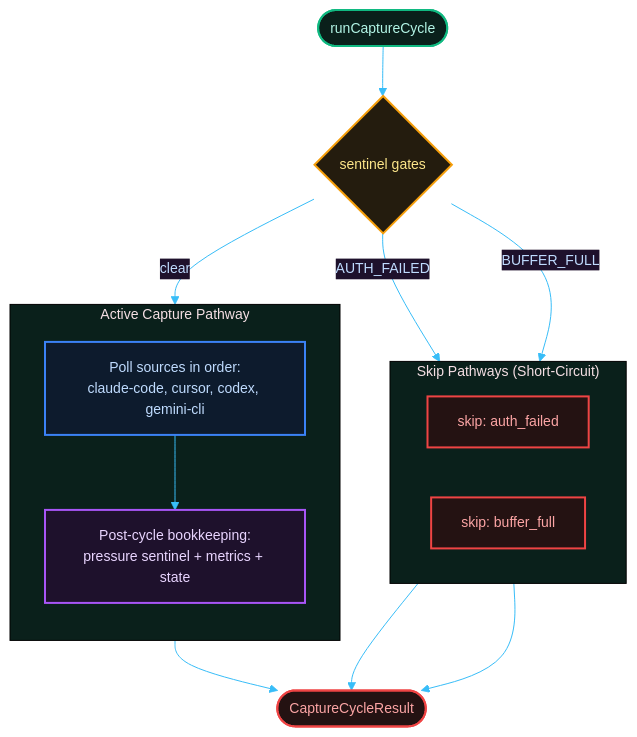
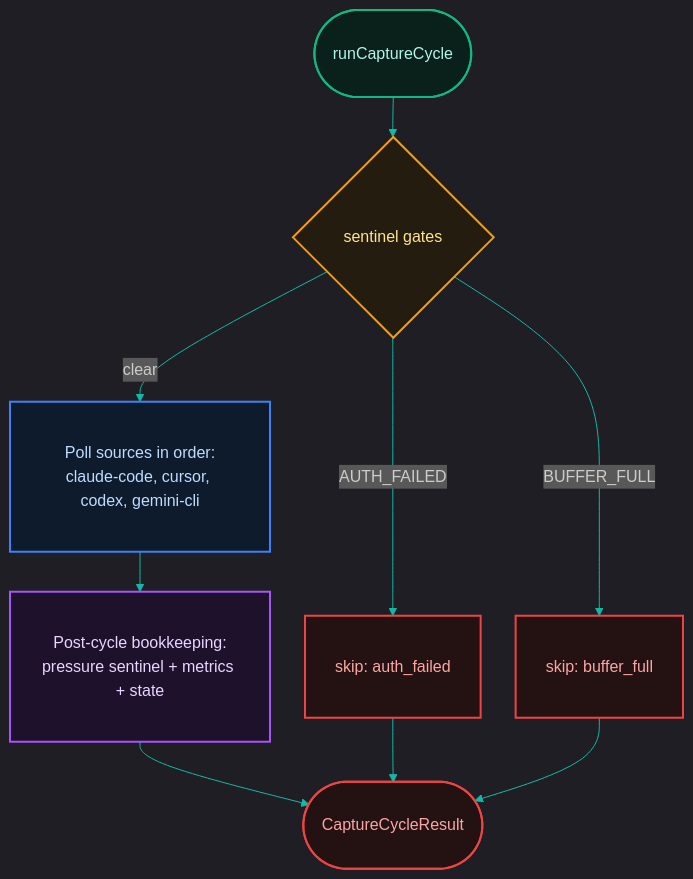
Before and after one commit to proxai/proxai_gateway: the first of 2 diagrams in docs/04-daemon-loops/4.1-capture-cycle.md, drawn with Mermaid. The commit also changed other lines of this file and 68 other files, not shown here.

````diff
--- a/docs/04-daemon-loops/4.1-capture-cycle.md
+++ b/docs/04-daemon-loops/4.1-capture-cycle.md
@@ -13,41 +13,27 @@
 ```mermaid
-%%{init: { 'flowchart': { 'useMaxWidth': false, 'htmlLabels': true, 'curve': 'basis', 'nodeSpacing': 50, 'rankSpacing': 50, 'padding': 15 }, 'theme': 'base', 'themeVariables': { 'background': '#070f19', 'primaryColor': '#0d1b2d', 'primaryTextColor': '#bfdbfe', 'primaryBorderColor': '#3b82f6', 'lineColor': '#38bdf8', 'secondaryColor': '#1e112c', 'tertiaryColor': '#0a201b', 'fontSize': '14px' } }}%%
+%%{init: {"theme": "dark", "themeVariables": {"primaryColor": "#0a201b", "primaryTextColor": "#ccfbf1", "primaryBorderColor": "#14b8a6", "lineColor": "#14b8a6", "fontFamily": "Inter, sans-serif"}, "flowchart": {"nodeSpacing": 35, "rankSpacing": 40}}}%%
 flowchart TD
     start([runCaptureCycle]) --> gate{sentinel gates}
-
-    subgraph SkipPaths ["Skip Pathways (Short-Circuit)"]
-        direction LR
-        skip1["skip: auth_failed"]
-        skip2["skip: buffer_full"]
-    end
-
-    subgraph ActivePath ["Active Capture Pathway"]
-        direction TD
-        poll["Poll sources in order:<br/>claude-code, cursor, codex, gemini-cli"]
-        post["Post-cycle bookkeeping:<br/>pressure sentinel + metrics + state"]
-        poll --> post
-    end
-
-    gate -->|AUTH_FAILED| skip1
-    gate -->|BUFFER_FULL| skip2
-    gate -->|clear| poll
-    
+    gate -->|"AUTH_FAILED"| skip1["skip: auth_failed"]
+    gate -->|"BUFFER_FULL"| skip2["skip: buffer_full"]
+    gate -->|"clear"| poll["Poll sources in order:<br/>claude-code, cursor, codex, gemini-cli"]
+    poll --> post["Post-cycle bookkeeping:<br/>pressure sentinel + metrics + state"]
     post --> done([CaptureCycleResult])
     skip1 --> done
     skip2 --> done
 
-    classDef startNode fill:#0a201b,stroke:#10b981,stroke-width:2px,color:#b3f5e6;
-    classDef stopNode fill:#241212,stroke:#ef4444,stroke-width:2px,color:#fca5a5;
-    classDef decNode fill:#241c0e,stroke:#f59e0b,stroke-width:2px,color:#fde68a;
-    classDef processNode fill:#0d1b2d,stroke:#3b82f6,stroke-width:2px,color:#bfdbfe;
-    classDef actionNode fill:#1e112c,stroke:#a855f7,stroke-width:2px,color:#e9d5ff;
-    classDef default fill:#0a201b,stroke:#14b8a6,stroke-width:2px,color:#ccfbf1;
+    classDef startNode fill:#0a201b,stroke:#10b981,stroke-width:2px,color:#b3f5e6,padding:10px 25px;
+    classDef stopNode fill:#241212,stroke:#ef4444,stroke-width:2px,color:#fca5a5,padding:10px 25px;
+    classDef decNode fill:#241c0e,stroke:#f59e0b,stroke-width:2px,color:#fde68a,padding:10px 20px;
+    classDef processNode fill:#0d1b2d,stroke:#3b82f6,stroke-width:2px,color:#bfdbfe,padding:10px 20px;
+    classDef actionNode fill:#1e112c,stroke:#a855f7,stroke-width:2px,color:#e9d5ff,padding:10px 20px;
+    classDef default fill:#0a201b,stroke:#14b8a6,stroke-width:2px,color:#ccfbf1,padding:10px 20px;
 
     class start startNode;
     class done stopNode;
     class skip1 stopNode;
     class skip2 stopNode;
     class gate decNode;
     class poll processNode;
     class post actionNode;
 ```
````
